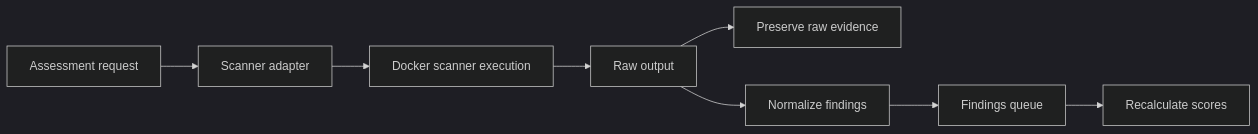
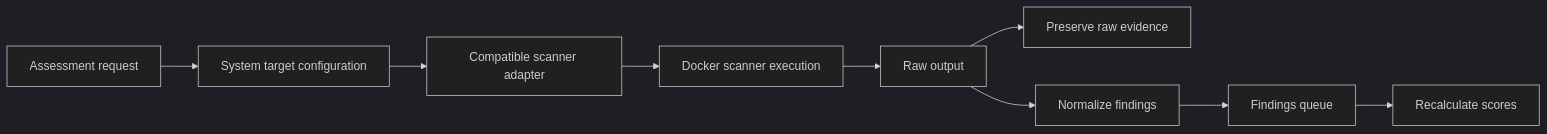
Before and after one commit to araidata/air-platform: the third of 4 diagrams in docs/workflows/operational-workflows.md, drawn with Mermaid (dark theme). The commit also changed other lines of this file and 23 other files, not shown here.

Commit message:
Add assessment target configuration

````diff
--- a/docs/workflows/operational-workflows.md
+++ b/docs/workflows/operational-workflows.md
@@ -35,10 +39,11 @@
 ```mermaid
 flowchart LR
-    Request["Assessment request"] --> Adapter["Scanner adapter"]
+    Request["Assessment request"] --> Target["System target configuration"]
+    Target --> Adapter["Compatible scanner adapter"]
     Adapter --> Container["Docker scanner execution"]
     Container --> Raw["Raw output"]
     Raw --> Evidence["Preserve raw evidence"]
     Raw --> Normalize["Normalize findings"]
     Normalize --> Queue["Findings queue"]
     Queue --> Score["Recalculate scores"]
 ```
````
